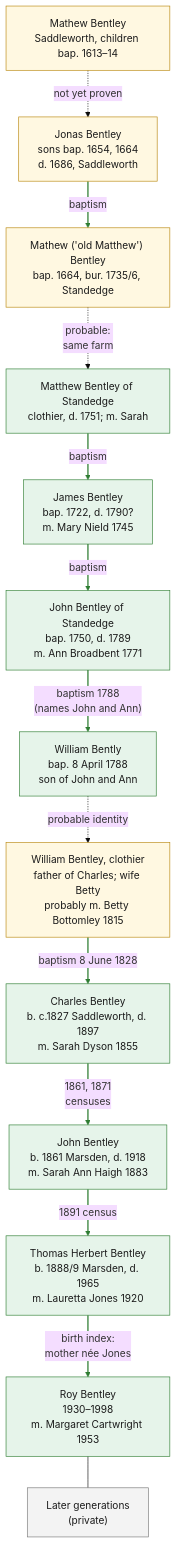
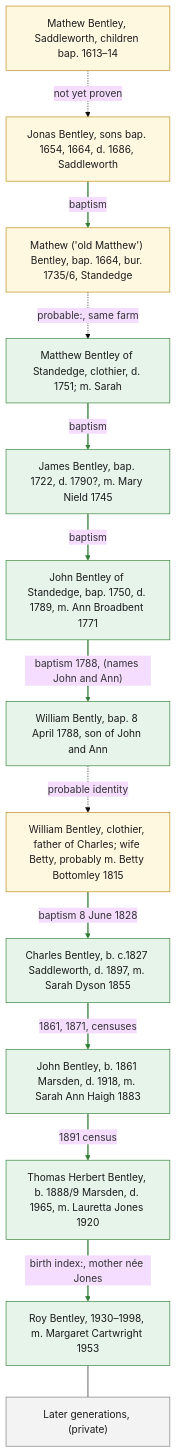
One commit to OPISGUY/Bentley-Family-History changed the diagram in family-tree.md. Above: the diagram before and after it, drawn with Mermaid (base theme). The commit also changed other lines of this file, not shown here.

Commit message:
Integrate wider family findings and prioritise free-source research

````diff
--- a/family-tree.md
+++ b/family-tree.md
@@ -18,35 +18,35 @@
 ```mermaid
 flowchart TD
     classDef found fill:#e6f4ea,stroke:#2e7d32,color:#1b1b1b
     classDef probable fill:#fff8e1,stroke:#b8860b,color:#1b1b1b
     classDef gap fill:#f3f3f3,stroke:#777777,color:#1b1b1b
 
-    A1["Mathew Bentley<br/>Saddleworth, children bap. 1613–14"]:::probable
-    A2["Jonas Bentley<br/>sons bap. 1654, 1664<br/>d. 1686, Saddleworth"]:::probable
-    A3["Mathew ('old Matthew') Bentley<br/>bap. 1664, bur. 1735/6, Standedge"]:::probable
-    A4["Matthew Bentley of Standedge<br/>clothier, d. 1751; m. Sarah"]:::found
-    A5["James Bentley<br/>bap. 1722, d. 1790?<br/>m. Mary Nield 1745"]:::found
-    A6["John Bentley of Standedge<br/>bap. 1750, d. 1789<br/>m. Ann Broadbent 1771"]:::found
-    B1["William Bently<br/>bap. 8 April 1788<br/>son of John and Ann"]:::found
-    BF["William Bentley, clothier<br/>father of Charles; wife Betty<br/>probably m. Betty Bottomley 1815"]:::probable
-    B2["Charles Bentley<br/>b. c.1827 Saddleworth, d. 1897<br/>m. Sarah Dyson 1855"]:::found
-    B3["John Bentley<br/>b. 1861 Marsden, d. 1918<br/>m. Sarah Ann Haigh 1883"]:::found
-    B4["Thomas Herbert Bentley<br/>b. 1888/9 Marsden, d. 1965<br/>m. Lauretta Jones 1920"]:::found
-    B5["Roy Bentley<br/>1930–1998<br/>m. Margaret Cartwright 1953"]:::found
-    P["Later generations<br/>(private)"]:::gap
+    A1["Mathew Bentley, Saddleworth, children bap. 1613–14"]:::probable
+    A2["Jonas Bentley, sons bap. 1654, 1664, d. 1686, Saddleworth"]:::probable
+    A3["Mathew ('old Matthew') Bentley, bap. 1664, bur. 1735/6, Standedge"]:::probable
+    A4["Matthew Bentley of Standedge, clothier, d. 1751; m. Sarah"]:::found
+    A5["James Bentley, bap. 1722, d. 1790?, m. Mary Nield 1745"]:::found
+    A6["John Bentley of Standedge, bap. 1750, d. 1789, m. Ann Broadbent 1771"]:::found
+    B1["William Bently, bap. 8 April 1788, son of John and Ann"]:::found
+    BF["William Bentley, clothier, father of Charles; wife Betty, probably m. Betty Bottomley 1815"]:::probable
+    B2["Charles Bentley, b. c.1827 Saddleworth, d. 1897, m. Sarah Dyson 1855"]:::found
+    B3["John Bentley, b. 1861 Marsden, d. 1918, m. Sarah Ann Haigh 1883"]:::found
+    B4["Thomas Herbert Bentley, b. 1888/9 Marsden, d. 1965, m. Lauretta Jones 1920"]:::found
+    B5["Roy Bentley, 1930–1998, m. Margaret Cartwright 1953"]:::found
+    P["Later generations, (private)"]:::gap
 
     A1 -.->|not yet proven| A2
     A2 -->|baptism| A3
-    A3 -.->|"probable:<br/>same farm"| A4
+    A3 -.->|"probable:, same farm"| A4
     A4 -->|baptism| A5
     A5 -->|baptism| A6
-    A6 -->|"baptism 1788<br/>(names John and Ann)"| B1
+    A6 -->|"baptism 1788, (names John and Ann)"| B1
     B1 -.->|"probable identity"| BF
     BF -->|"baptism 8 June 1828"| B2
-    B2 -->|"1861, 1871<br/>censuses"| B3
+    B2 -->|"1861, 1871, censuses"| B3
     B3 -->|"1891 census"| B4
-    B4 -->|"birth index:<br/>mother née Jones"| B5
+    B4 -->|"birth index:, mother née Jones"| B5
     B5 --- P
 
     linkStyle 1,3,4,5,7,8,9,10 stroke:#2e7d32,stroke-width:2px
 ```
````
